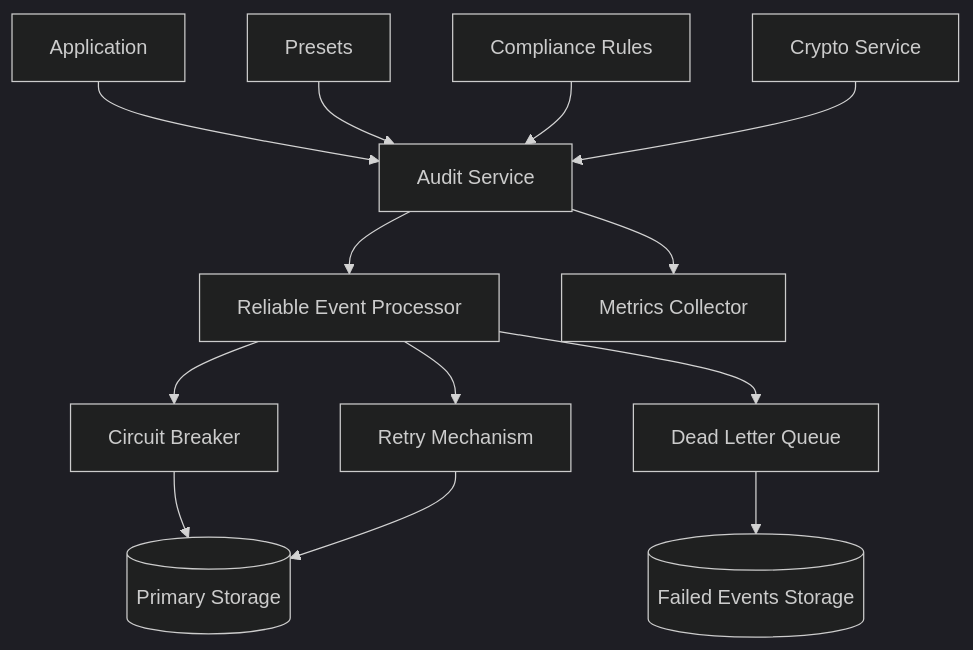
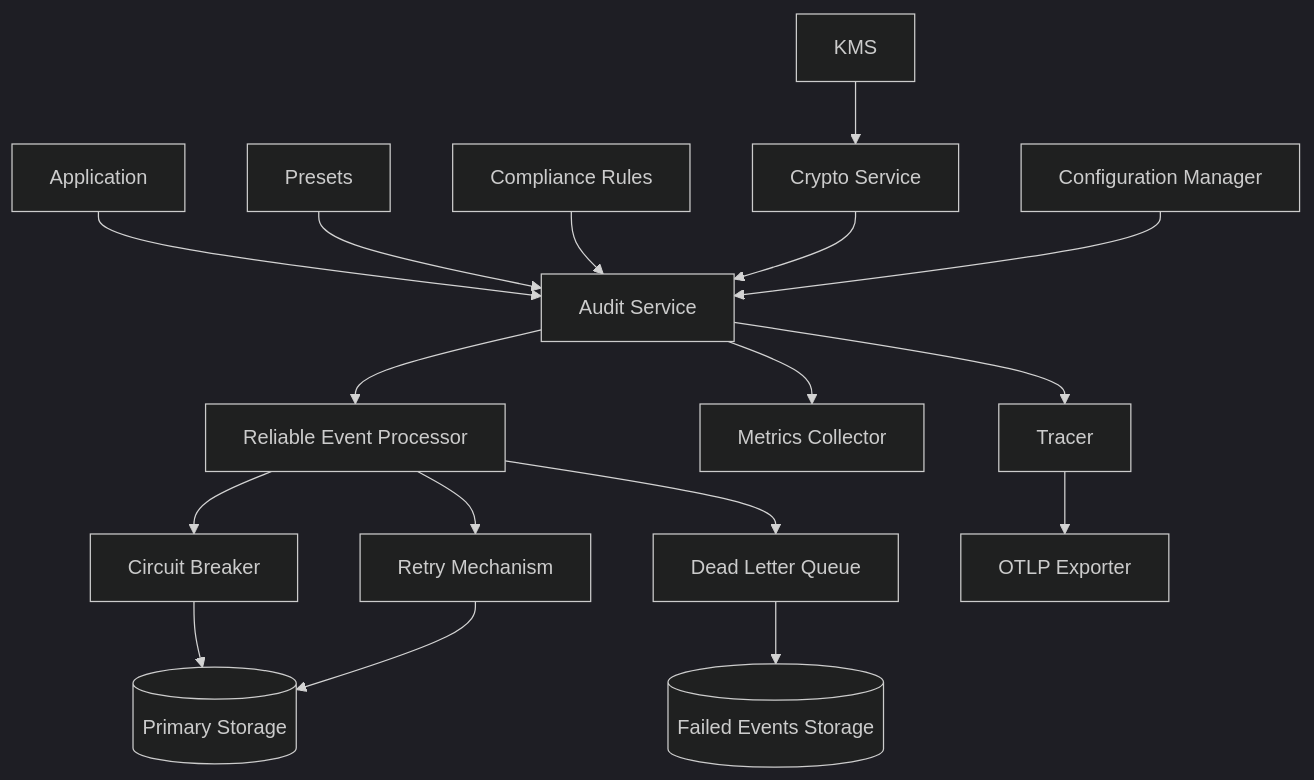
The first of 16 diagrams in .qoder/repowiki/en/content/Audit Event Processing.md (smedrec/smart-logs), drawn with Mermaid (dark theme) before and after one commit. The commit also changed other lines of this file and 21 other files, not shown here.

First line of the commit message:
feat(core): add OTLP exporter and KMS encryption support to audit core system

````diff
--- a/.qoder/repowiki/en/content/Audit Event Processing.md
+++ b/.qoder/repowiki/en/content/Audit Event Processing.md
@@ -39,15 +47,19 @@
 ```mermaid
 graph TD
 A[Application] --> B[Audit Service]
 B --> C[Reliable Event Processor]
 C --> D[Circuit Breaker]
 C --> E[Retry Mechanism]
 C --> F[Dead Letter Queue]
 D --> G[(Primary Storage)]
 E --> G
 F --> H[(Failed Events Storage)]
 I[Presets] --> B
 J[Compliance Rules] --> B
 K[Crypto Service] --> B
 B --> L[Metrics Collector]
+B --> M[Tracer]
+M --> N[OTLP Exporter]
+O[KMS] --> K
+P[Configuration Manager] --> B
 ```
````
